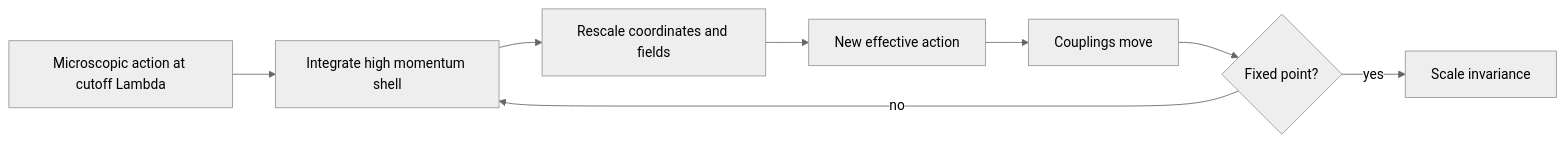
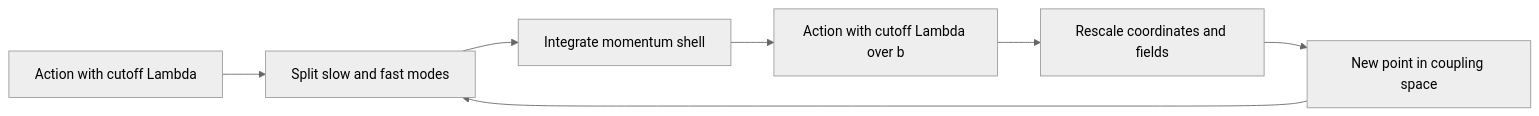
One commit to justinbrianhwang/SJ-wiki changed the diagram in docs/physics/quantum-field-theory/renormalization-group.md. Above: the diagram before and after it, drawn with Mermaid (neutral theme). The commit also changed other lines of this file and 166 other files, not shown here.

````diff
--- a/docs/physics/quantum-field-theory/renormalization-group.md
+++ b/docs/physics/quantum-field-theory/renormalization-group.md
@@ -124,10 +44,9 @@
 ```mermaid
 flowchart LR
-  A[Microscopic action at cutoff Lambda] --> B[Integrate high momentum shell]
-  B --> C[Rescale coordinates and fields]
-  C --> D[New effective action]
-  D --> E[Couplings move]
-  E --> F{"Fixed point?"}
-  F -->|yes| G[Scale invariance]
-  F -->|no| B
+  A["Action with cutoff Lambda"] --> B["Split slow and fast modes"]
+  B --> C["Integrate momentum shell"]
+  C --> D["Action with cutoff Lambda over b"]
+  D --> E["Rescale coordinates and fields"]
+  E --> F["New point in coupling space"]
+  F --> B
 ```
````
